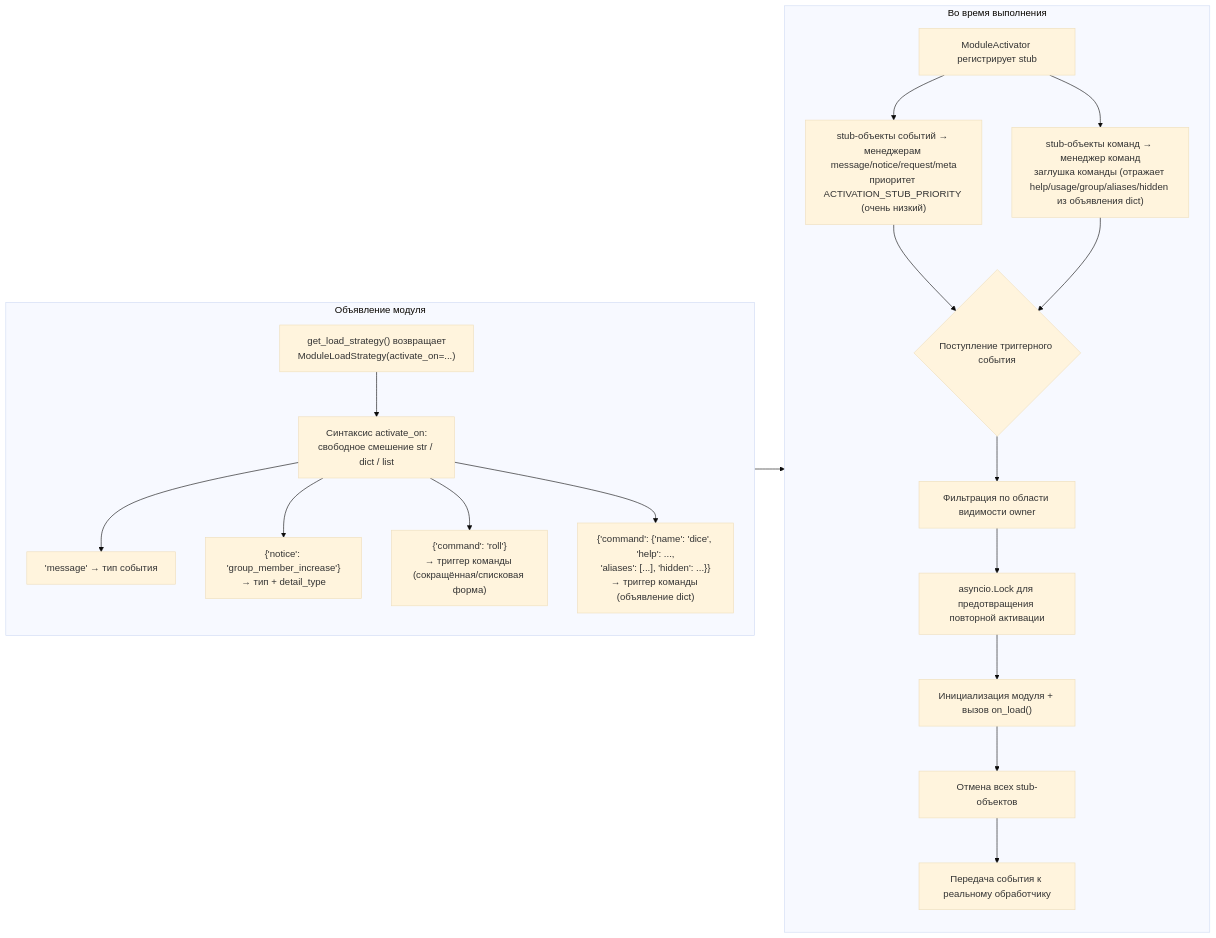
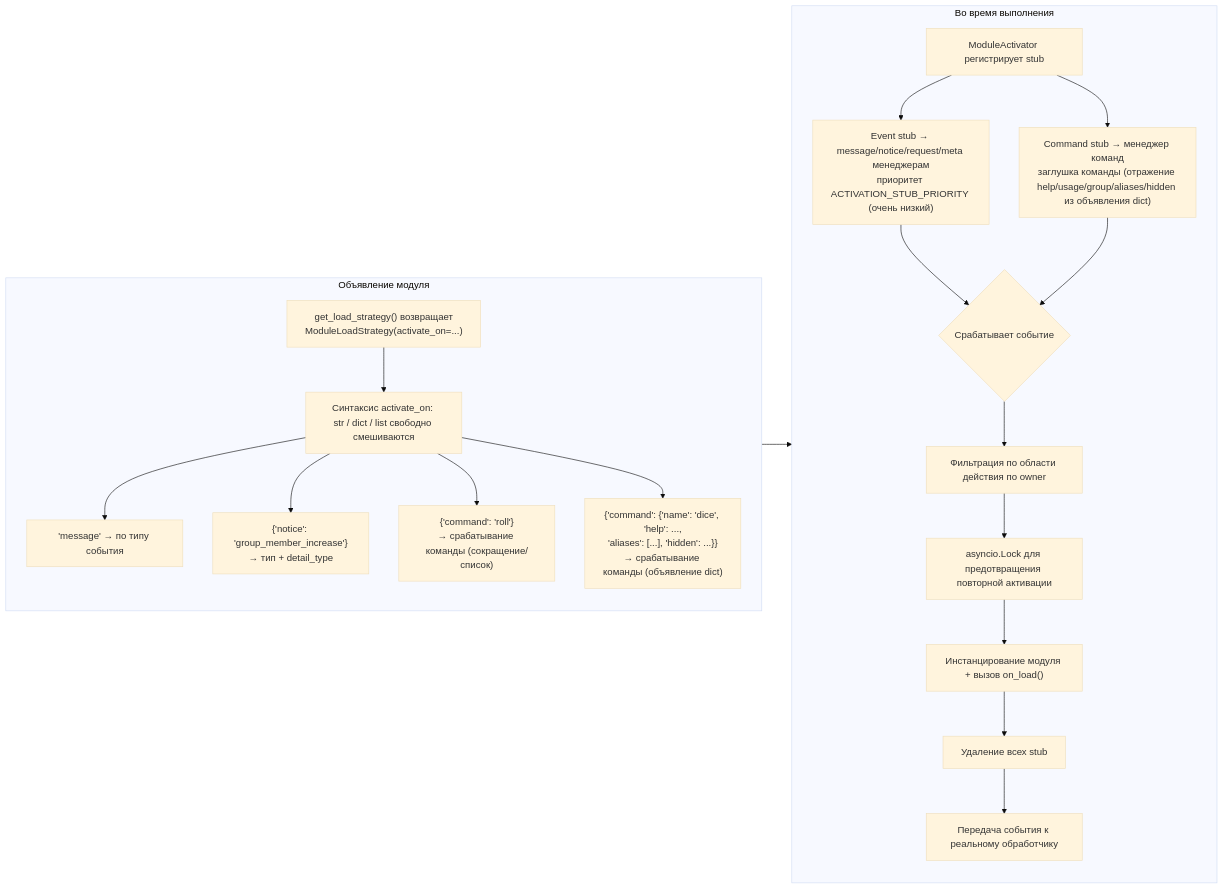
Before and after one commit to ErisPulse/ErisPulse: the seventh of 9 diagrams in docs/ru/architecture.md, drawn with Mermaid (base theme). The commit also changed other lines of this file and 299 other files, not shown here.

````diff
--- a/docs/ru/architecture.md
+++ b/docs/ru/architecture.md
@@ -224,24 +221,24 @@
 ```mermaid
 flowchart LR
     subgraph Declare["Объявление модуля"]
-        S1["get_load_strategy() возвращает<br/>ModuleLoadStrategy(activate_on=...)"] --> S2["Синтаксис activate_on:<br/>свободное смешение str / dict / list"]
-        S2 --> S2a["'message' → тип события"]
+        S1["get_load_strategy() возвращает<br/>ModuleLoadStrategy(activate_on=...)"] --> S2["Синтаксис activate_on: <br/>str / dict / list свободно смешиваются"]
+        S2 --> S2a["'message' → по типу события"]
         S2 --> S2b["{'notice': 'group_member_increase'}<br/>→ тип + detail_type"]
-        S2 --> S2c["{'command': 'roll'}<br/>→ триггер команды (сокращённая/списковая форма)"]
-        S2 --> S2d["{'command': {'name': 'dice', 'help': ...,<br/>'aliases': [...], 'hidden': ...}}<br/>→ триггер команды (объявление dict)"]
+        S2 --> S2c["{'command': 'roll'}<br/>→ срабатывание команды (сокращение/список)"]
+        S2 --> S2d["{'command': {'name': 'dice', 'help': ...,<br/>'aliases': [...], 'hidden': ...}}<br/>→ срабатывание команды (объявление dict)"]
     end
 
     subgraph Runtime["Во время выполнения"]
-        R1["ModuleActivator регистрирует stub"] --> R1a["stub-объекты событий → менеджерам message/notice/request/meta<br/>приоритет ACTIVATION_STUB_PRIORITY (очень низкий)"]
-        R1 --> R1b["stub-объекты команд → менеджер команд<br/>заглушка команды (отражает help/usage/group/aliases/hidden из объявления dict)"]
-        R1a --> R2{"Поступление триггерного события"}
+        R1["ModuleActivator регистрирует stub"] --> R1a["Event stub → message/notice/request/meta менеджерам<br/>приоритет ACTIVATION_STUB_PRIORITY (очень низкий)"]
+        R1 --> R1b["Command stub → менеджер команд<br/>заглушка команды (отражение help/usage/group/aliases/hidden из объявления dict)"]
+        R1a --> R2{"Срабатывает событие"}
         R1b --> R2
-        R2 --> R3["Фильтрация по области видимости owner"]
+        R2 --> R3["Фильтрация по области действия по owner"]
         R3 --> R4["asyncio.Lock для предотвращения повторной активации"]
-        R4 --> R5["Инициализация модуля + вызов on_load()"]
-        R5 --> R6["Отмена всех stub-объектов"]
+        R4 --> R5["Инстанцирование модуля + вызов on_load()"]
+        R5 --> R6["Удаление всех stub"]
         R6 --> R7["Передача события к реальному обработчику"]
     end
 
     Declare --> Runtime
 ```
````
